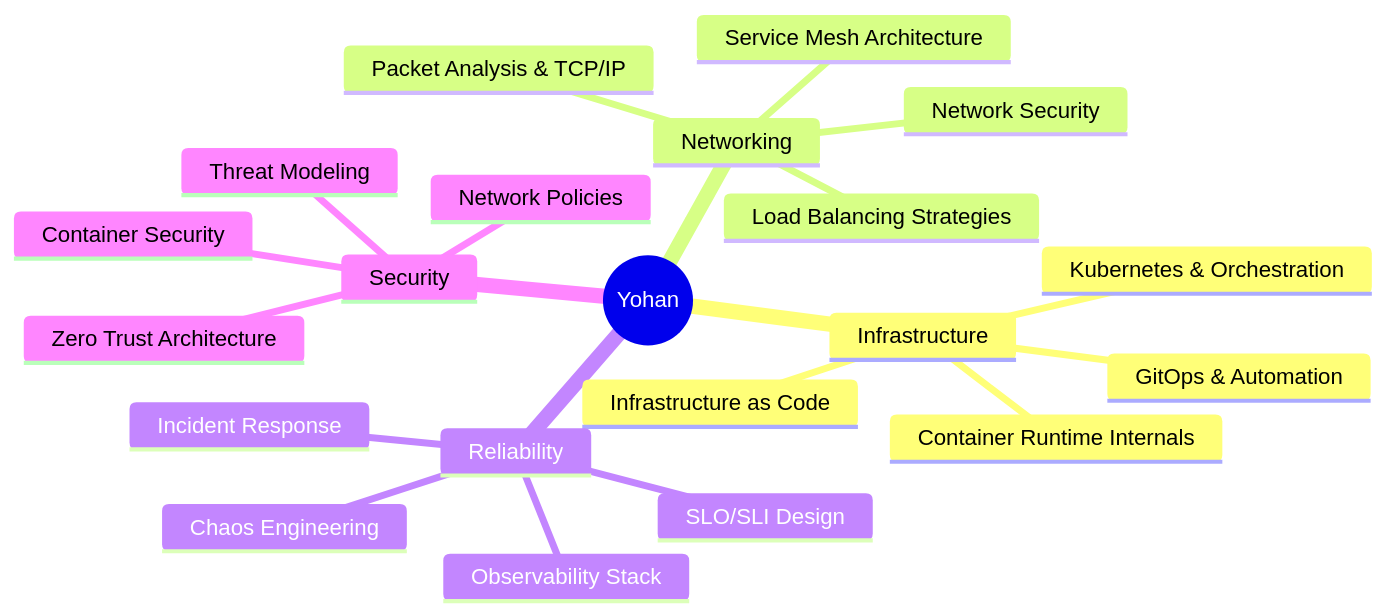
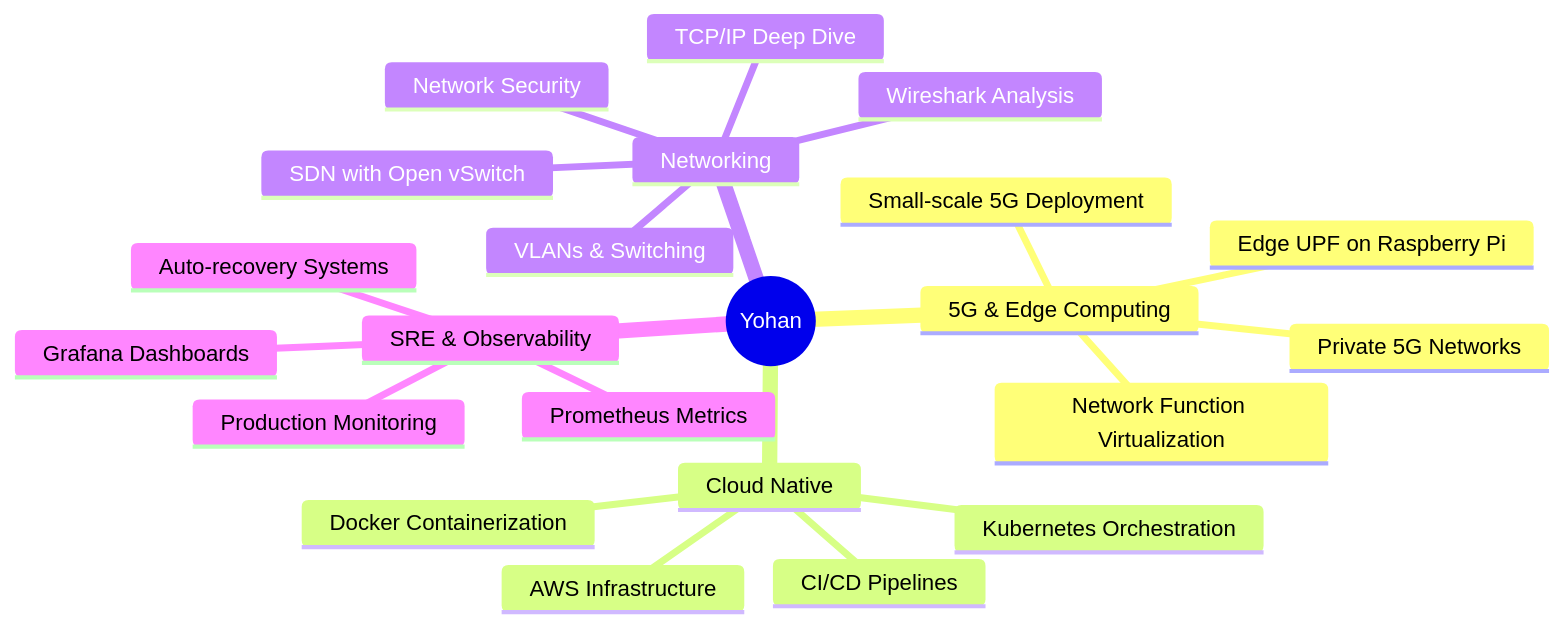
The first of 2 diagrams in README.md (Yohan-Senadheera/Personal-Portfolio), drawn with Mermaid before and after one commit. The commit also changed other lines of this file, not shown here.

````diff
--- a/README.md
+++ b/README.md
@@ -61,24 +60,25 @@
 ```mermaid
 mindmap
   root((Yohan))
-    Infrastructure
-      Kubernetes & Orchestration
-      Container Runtime Internals
-      Infrastructure as Code
-      GitOps & Automation
+    5G & Edge Computing
+      Private 5G Networks
+      Edge UPF on Raspberry Pi
+      Network Function Virtualization
+      Small-scale 5G Deployment
+    Cloud Native
+      Kubernetes Orchestration
+      Docker Containerization
+      AWS Infrastructure
+      CI/CD Pipelines
     Networking
-      Packet Analysis & TCP/IP
-      Service Mesh Architecture
-      Load Balancing Strategies
+      TCP/IP Deep Dive
+      VLANs & Switching
+      SDN with Open vSwitch
       Network Security
-    Reliability
-      Observability Stack
-      Chaos Engineering
-      Incident Response
-      SLO/SLI Design
-    Security
-      Zero Trust Architecture
-      Container Security
-      Network Policies
-      Threat Modeling
+      Wireshark Analysis
+    SRE & Observability
+      Prometheus Metrics
+      Grafana Dashboards
+      Auto-recovery Systems
+      Production Monitoring
 ```
````
